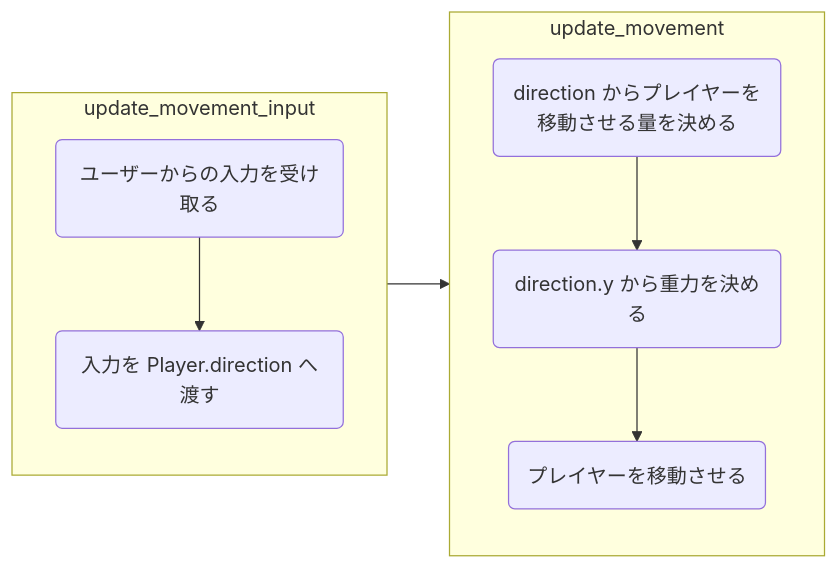
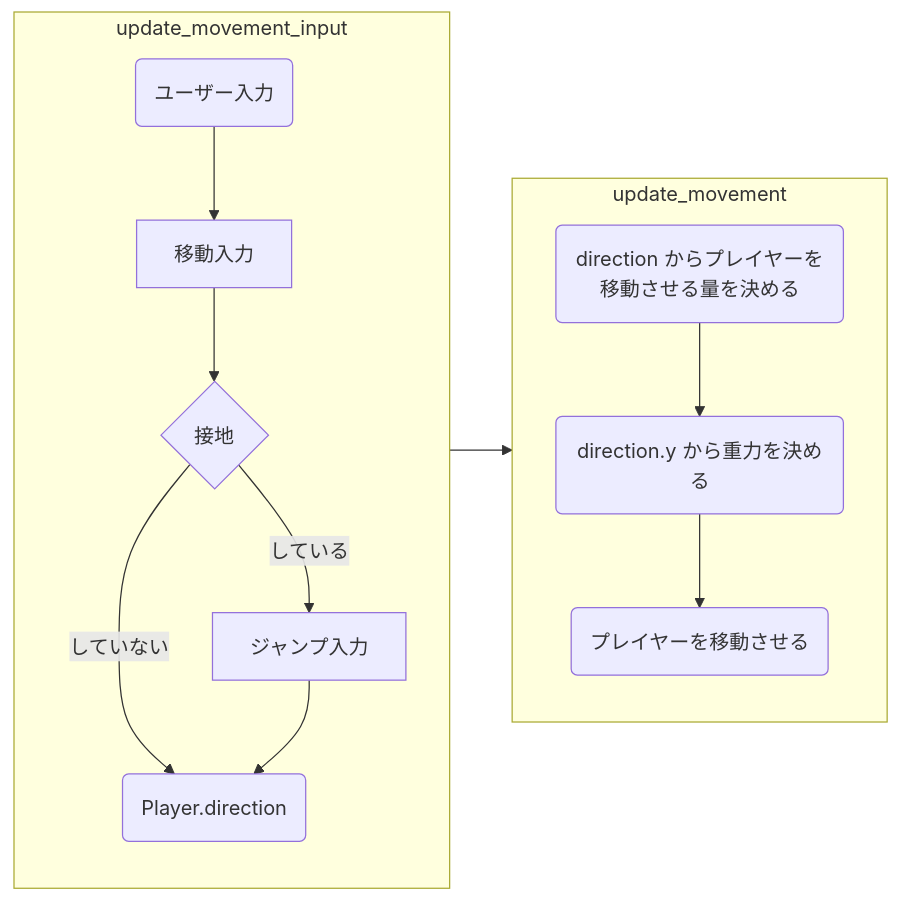
One commit to monax-owo/bevy_fps changed the diagram in src/game/player/movement.md. Above: the diagram before and after it, drawn with Mermaid.

````diff
--- a/src/game/player/movement.md
+++ b/src/game/player/movement.md
@@ -1,21 +1,24 @@
 ```mermaid
 %% 書き方が合ってるかわからない
 %% そもそもフローチャートが何なのか知らない
 
 graph LR
-subgraph s1["update_movement_input"]
+subgraph S1["update_movement_input"]
   direction TB
-  n1-1(ユーザーからの入力を受け取る)
-  n1-2(入力を Player.direction へ渡す)
-  n1-1 --> n1-2
+  A1(ユーザー入力) --> A2
+  A2[移動入力]--> A3
+  A3{接地}
+  A3 -->|していない| A5
+  A3 -->|している| A4[ジャンプ入力]--> A5
+  A5(Player.direction)
 end
 
-subgraph s2["update_movement"]
+subgraph S2["update_movement"]
   direction TB
   n2-1(direction からプレイヤーを移動させる量を決める)
   n2-2(direction.y から重力を決める)
   n2-3(プレイヤーを移動させる)
   n2-1 --> n2-2 --> n2-3
 end
-s1-->s2
+S1 --> S2
 ```
````
